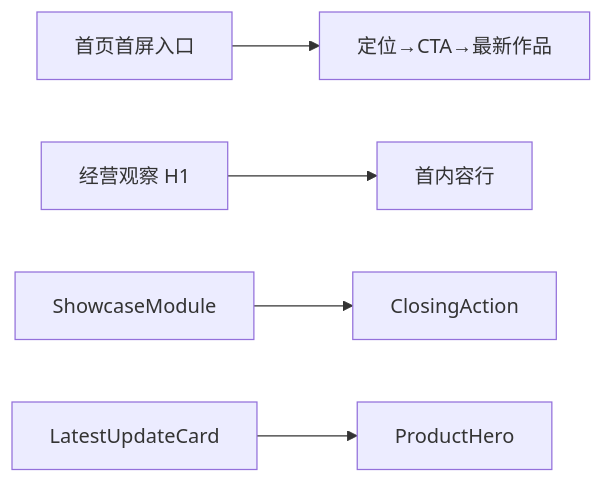
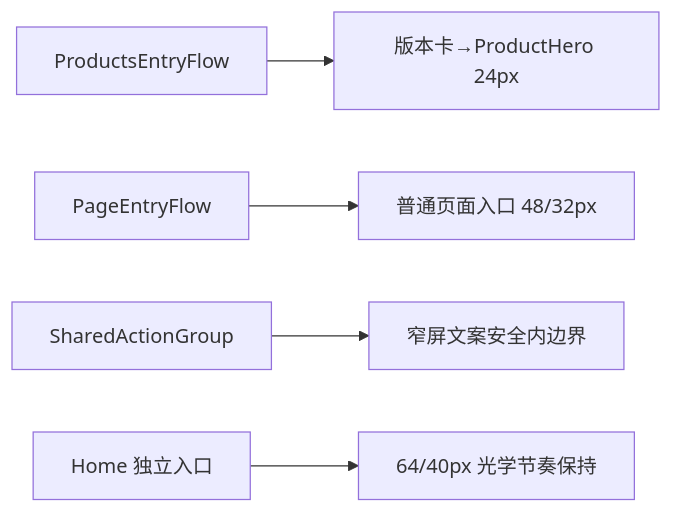
Before and after one commit to Chizheng4/xingbuild: the diagram in docs/iterations/current.md, drawn with Mermaid. The commit also changed other lines of this file and 9 other files, not shown here.

````diff
--- a/docs/iterations/current.md
+++ b/docs/iterations/current.md
@@ -15,7 +15,7 @@
 ```mermaid
 flowchart LR
-  A[首页首屏入口] --> B[定位→CTA→最新作品]
-  C[经营观察 H1] --> D[首内容行]
-  E[ShowcaseModule] --> F[ClosingAction]
-  G[LatestUpdateCard] --> H[ProductHero]
+  A[ProductsEntryFlow] --> B[版本卡→ProductHero 24px]
+  C[PageEntryFlow] --> D[普通页面入口 48/32px]
+  E[SharedActionGroup] --> F[窄屏文案安全内边界]
+  G[Home 独立入口] --> H[64/40px 光学节奏保持]
 ```
````
